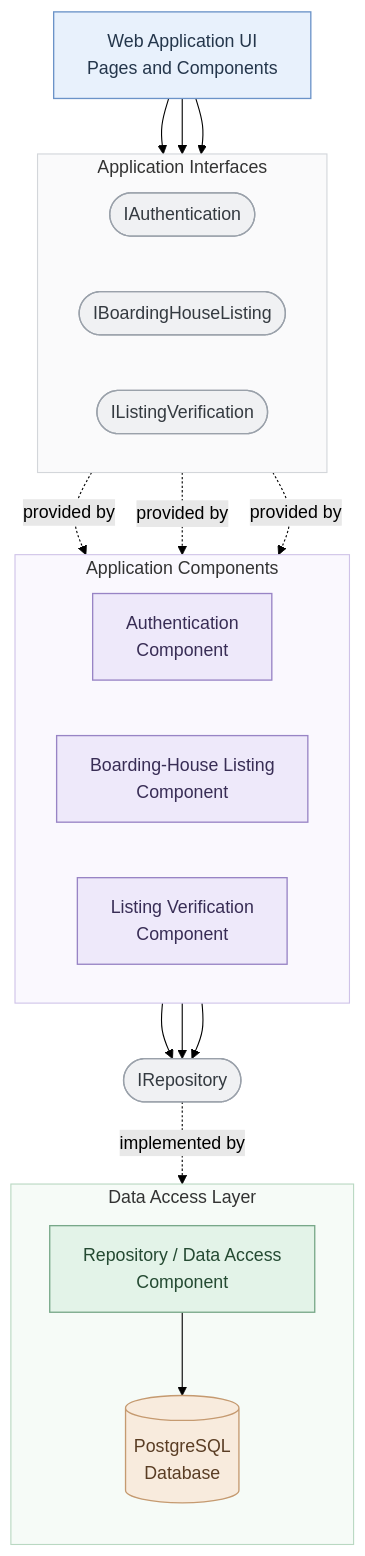
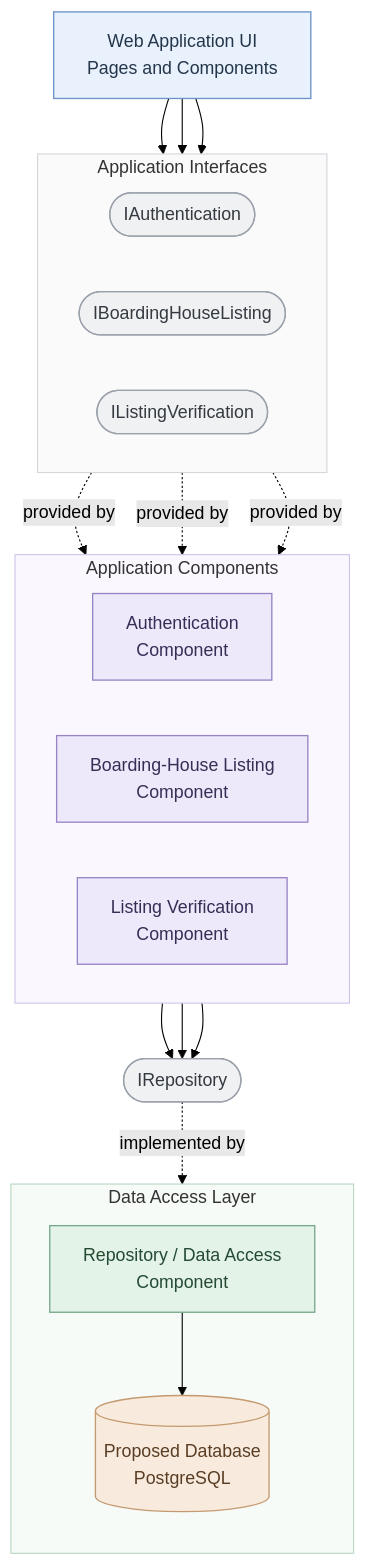
One commit to joanaandes23/web-based-boarding-house-finder changed the diagram in docs/architecture/components.md. Above: the diagram before and after it, drawn with Mermaid (forest theme). The commit also changed other lines of this file, not shown here.

````diff
--- a/docs/architecture/components.md
+++ b/docs/architecture/components.md
@@ -14,58 +14,58 @@
 ```mermaid
 flowchart TB
 
     UI["Web Application UI<br/>Pages and Components"]
 
     subgraph APP_INTERFACES["Application Interfaces"]
         direction LR
         AUTH_API(["IAuthentication"])
         LISTING_API(["IBoardingHouseListing"])
         VERIFY_API(["IListingVerification"])
     end
 
     subgraph APP_COMPONENTS["Application Components"]
         direction LR
         AUTH["Authentication<br/>Component"]
         LISTINGS["Boarding-House Listing<br/>Component"]
         VERIFY["Listing Verification<br/>Component"]
     end
 
     REPO_API(["IRepository"])
 
     subgraph DATA_LAYER["Data Access Layer"]
         direction TB
         REPO["Repository / Data Access<br/>Component"]
-        DB[("PostgreSQL<br/>Database")]
+        DB[("Proposed Database<br/>PostgreSQL")]
     end
 
     UI --> AUTH_API
     UI --> LISTING_API
     UI --> VERIFY_API
 
     AUTH_API -. provided by .-> AUTH
     LISTING_API -. provided by .-> LISTINGS
     VERIFY_API -. provided by .-> VERIFY
 
     AUTH --> REPO_API
     LISTINGS --> REPO_API
     VERIFY --> REPO_API
 
     REPO_API -. implemented by .-> REPO
     REPO --> DB
 
     classDef ui fill:#E8F1FC,stroke:#6B93C8,color:#24364B,stroke-width:1.2px
     classDef app fill:#EEE9FA,stroke:#9884C5,color:#382D55,stroke-width:1.2px
     classDef iface fill:#F0F1F3,stroke:#9AA1AA,color:#343A40,stroke-width:1.2px
     classDef data fill:#E3F3E8,stroke:#78A889,color:#244A32,stroke-width:1.2px
     classDef database fill:#F8EBDD,stroke:#C59A70,color:#5A3D24,stroke-width:1.2px
 
     class UI ui
     class AUTH,LISTINGS,VERIFY app
     class AUTH_API,LISTING_API,VERIFY_API,REPO_API iface
     class REPO data
     class DB database
 
     style APP_INTERFACES fill:#FAFAFB,stroke:#D3D6DA,stroke-width:1px
     style APP_COMPONENTS fill:#FAF8FE,stroke:#CFC3E8,stroke-width:1px
     style DATA_LAYER fill:#F6FBF7,stroke:#B9D8C2,stroke-width:1px
 ```
````
